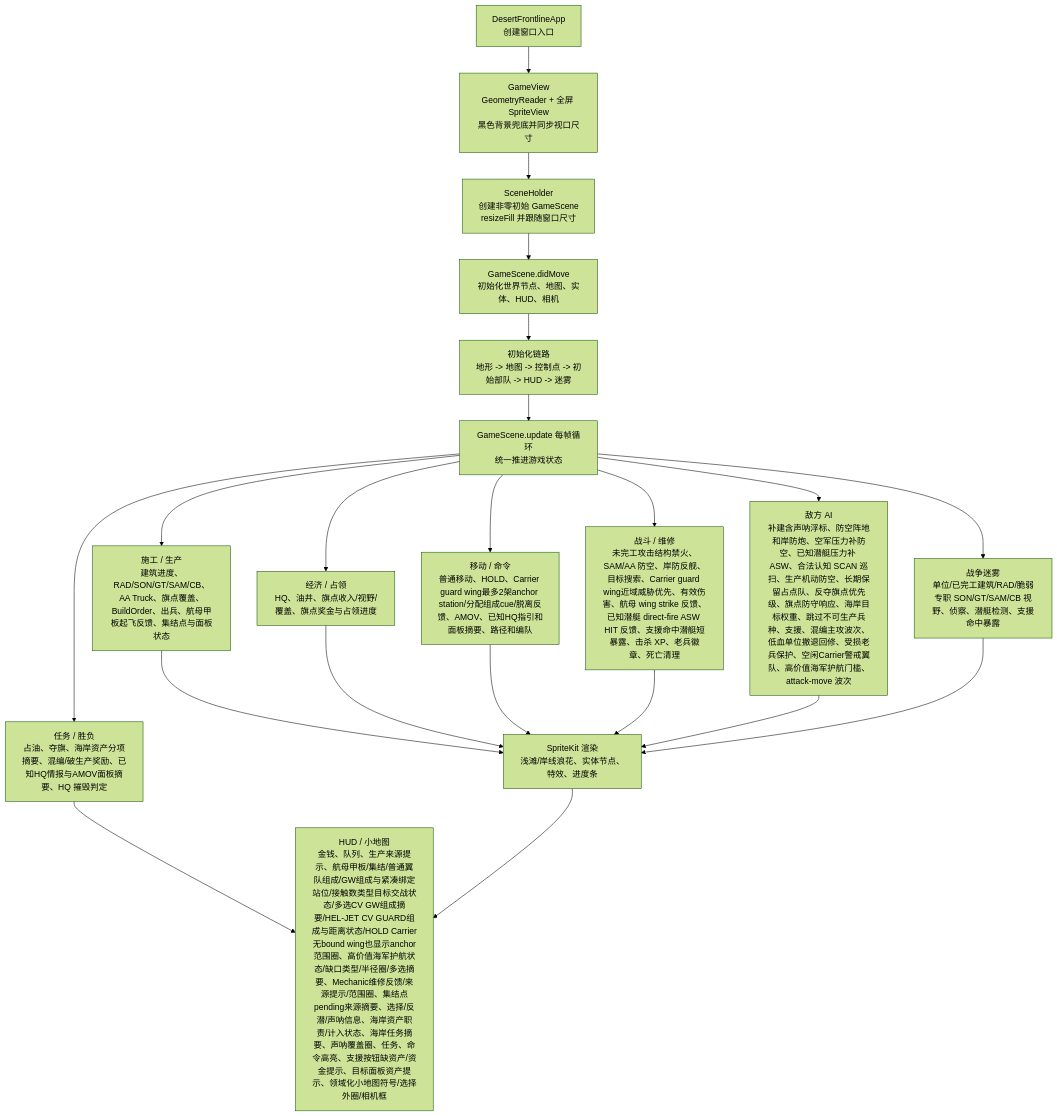
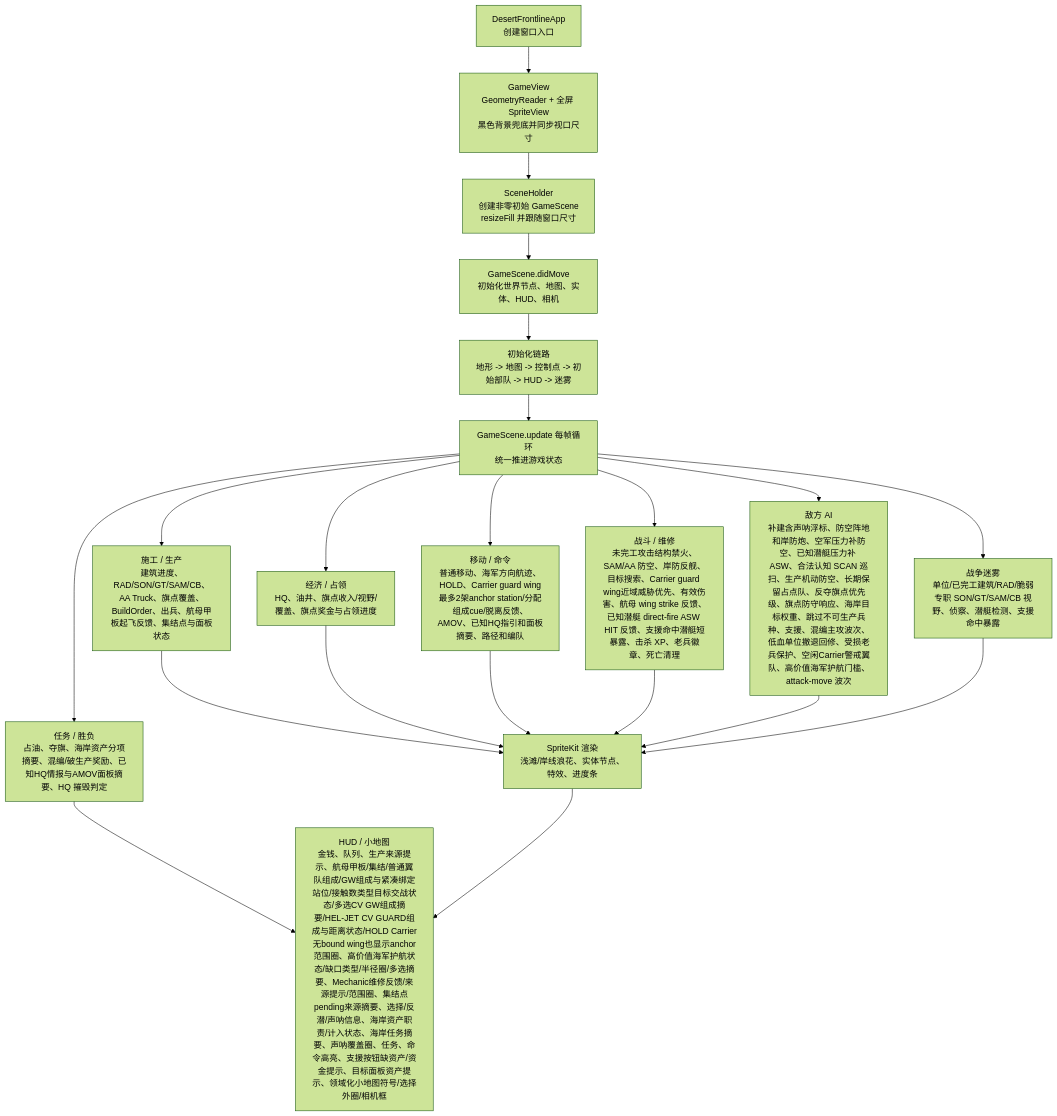
The first of 3 diagrams in md/flow/flowchart.md (Altman-sam114/1145), drawn with Mermaid (forest theme) before and after one commit. The commit also changed 5 other files, not shown here.

````diff
--- a/md/flow/flowchart.md
+++ b/md/flow/flowchart.md
@@ -9,23 +9,23 @@
 ```mermaid
 flowchart TD
   App["DesertFrontlineApp\n创建窗口入口"] --> View["GameView\nGeometryReader + 全屏 SpriteView\n黑色背景兜底并同步视口尺寸"]
   View --> Holder["SceneHolder\n创建非零初始 GameScene\nresizeFill 并跟随窗口尺寸"]
   Holder --> Scene["GameScene.didMove\n初始化世界节点、地图、实体、HUD、相机"]
   Scene --> Init["初始化链路\n地形 -> 地图 -> 控制点 -> 初始部队 -> HUD -> 迷雾"]
   Init --> Loop["GameScene.update 每帧循环\n统一推进游戏状态"]
   Loop --> Build["施工 / 生产\n建筑进度、RAD/SON/GT/SAM/CB、AA Truck、旗点覆盖、BuildOrder、出兵、航母甲板起飞反馈、集结点与面板状态"]
   Loop --> Economy["经济 / 占领\nHQ、油井、旗点收入/视野/覆盖、旗点奖金与占领进度"]
-  Loop --> Commands["移动 / 命令\n普通移动、HOLD、Carrier guard wing最多2架anchor station/分配组成cue/脱离反馈、AMOV、已知HQ指引和面板摘要、路径和编队"]
+  Loop --> Commands["移动 / 命令\n普通移动、海军方向航迹、HOLD、Carrier guard wing最多2架anchor station/分配组成cue/脱离反馈、AMOV、已知HQ指引和面板摘要、路径和编队"]
   Loop --> Combat["战斗 / 维修\n未完工攻击结构禁火、SAM/AA 防空、岸防反舰、目标搜索、Carrier guard wing近域威胁优先、有效伤害、航母 wing strike 反馈、已知潜艇 direct-fire ASW HIT 反馈、支援命中潜艇短暴露、击杀 XP、老兵徽章、死亡清理"]
   Loop --> AI["敌方 AI\n补建含声呐浮标、防空阵地和岸防炮、空军压力补防空、已知潜艇压力补 ASW、合法认知 SCAN 巡扫、生产机动防空、长期保留占点队、反夺旗点优先级、旗点防守响应、海岸目标权重、跳过不可生产兵种、支援、混编主攻波次、低血单位撤退回修、受损老兵保护、空闲Carrier警戒翼队、高价值海军护航门槛、attack-move 波次"]
   Loop --> Fog["战争迷雾\n单位/已完工建筑/RAD/脆弱专职 SON/GT/SAM/CB 视野、侦察、潜艇检测、支援命中暴露"]
   Loop --> Mission["任务 / 胜负\n占油、夺旗、海岸资产分项摘要、混编/破生产奖励、已知HQ情报与AMOV面板摘要、HQ 摧毁判定"]
   Build --> Render["SpriteKit 渲染\n浅滩/岸线浪花、实体节点、特效、进度条"]
   Economy --> Render
   Commands --> Render
   Combat --> Render
   AI --> Render
   Fog --> Render
   Mission --> HUD["HUD / 小地图\n金钱、队列、生产来源提示、航母甲板/集结/普通翼队组成/GW组成与紧凑绑定站位/接触数类型目标交战状态/多选CV GW组成摘要/HEL-JET CV GUARD组成与距离状态/HOLD Carrier无bound wing也显示anchor范围圈、高价值海军护航状态/缺口类型/半径圈/多选摘要、Mechanic维修反馈/来源提示/范围圈、集结点pending来源摘要、选择/反潜/声呐信息、海岸资产职责/计入状态、海岸任务摘要、声呐覆盖圈、任务、命令高亮、支援按钮缺资产/资金提示、目标面板资产提示、领域化小地图符号/选择外圈/相机框"]
   Render --> HUD
 ```
````
